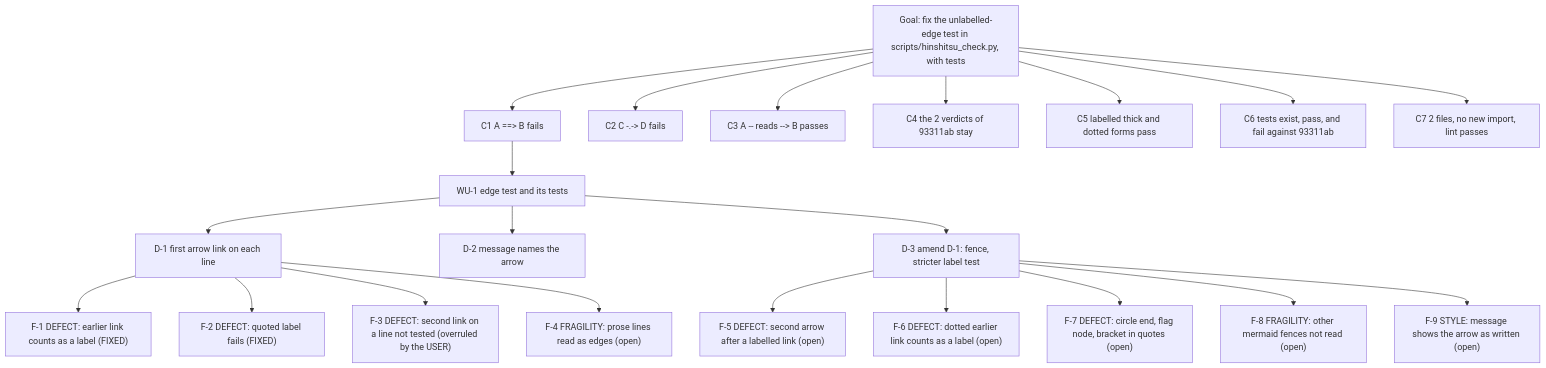
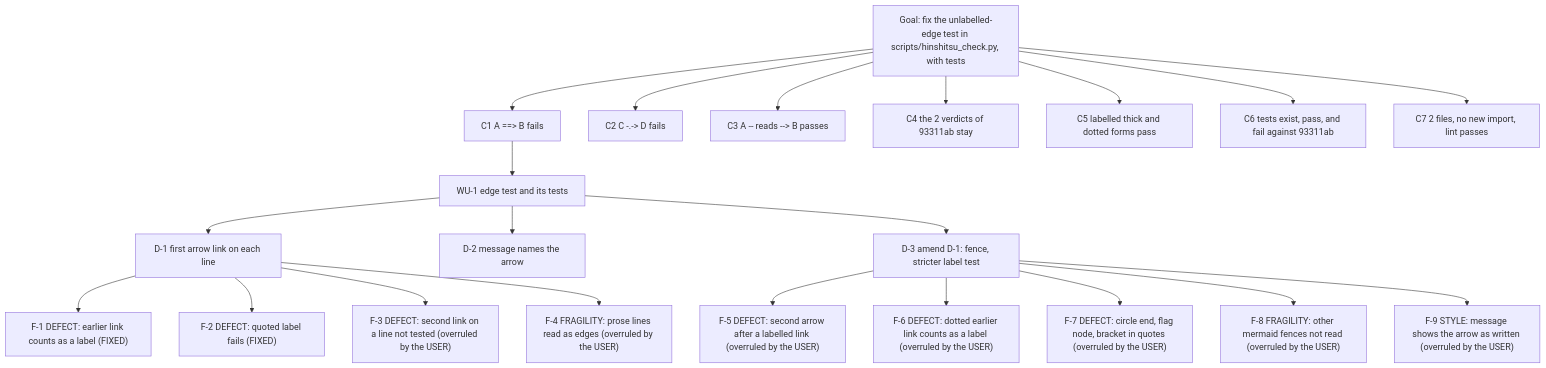
Before and after one commit to CatCorner22/devin: the diagram in runs/2.1.0-mermaid-edges/MINDMAP.md, drawn with Mermaid. The commit also changed other lines of this file and 2 other files, not shown here.

Commit message:
log E-55 to E-61: ANSWER, OVERRULE F-4 to F-9, with mind map and session state

````diff
--- a/runs/2.1.0-mermaid-edges/MINDMAP.md
+++ b/runs/2.1.0-mermaid-edges/MINDMAP.md
@@ -31,24 +31,24 @@
 ```mermaid
 graph TD
   G["Goal: fix the unlabelled-edge test in scripts/hinshitsu_check.py, with tests"]
   G --> C1["C1 A ==> B fails"]
   G --> C2["C2 C -.-> D fails"]
   G --> C3["C3 A -- reads --> B passes"]
   G --> C4["C4 the 2 verdicts of 93311ab stay"]
   G --> C5["C5 labelled thick and dotted forms pass"]
   G --> C6["C6 tests exist, pass, and fail against 93311ab"]
   G --> C7["C7 2 files, no new import, lint passes"]
   C1 --> WU1["WU-1 edge test and its tests"]
   WU1 --> D1["D-1 first arrow link on each line"]
   WU1 --> D2["D-2 message names the arrow"]
   WU1 --> D3["D-3 amend D-1: fence, stricter label test"]
-  D3 --> F5["F-5 DEFECT: second arrow after a labelled link (open)"]
-  D3 --> F6["F-6 DEFECT: dotted earlier link counts as a label (open)"]
-  D3 --> F7["F-7 DEFECT: circle end, flag node, bracket in quotes (open)"]
-  D3 --> F8["F-8 FRAGILITY: other mermaid fences not read (open)"]
-  D3 --> F9["F-9 STYLE: message shows the arrow as written (open)"]
+  D3 --> F5["F-5 DEFECT: second arrow after a labelled link (overruled by the USER)"]
+  D3 --> F6["F-6 DEFECT: dotted earlier link counts as a label (overruled by the USER)"]
+  D3 --> F7["F-7 DEFECT: circle end, flag node, bracket in quotes (overruled by the USER)"]
+  D3 --> F8["F-8 FRAGILITY: other mermaid fences not read (overruled by the USER)"]
+  D3 --> F9["F-9 STYLE: message shows the arrow as written (overruled by the USER)"]
   D1 --> F1["F-1 DEFECT: earlier link counts as a label (FIXED)"]
   D1 --> F2["F-2 DEFECT: quoted label fails (FIXED)"]
   D1 --> F3["F-3 DEFECT: second link on a line not tested (overruled by the USER)"]
-  D1 --> F4["F-4 FRAGILITY: prose lines read as edges (open)"]
+  D1 --> F4["F-4 FRAGILITY: prose lines read as edges (overruled by the USER)"]
 ```
````
